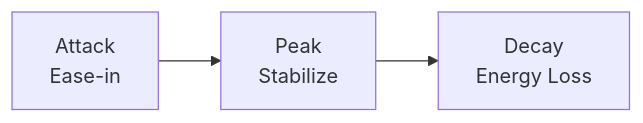
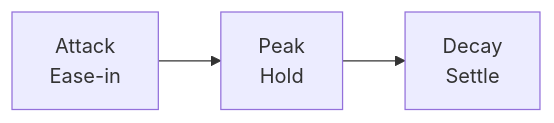
Before and after one commit to vishnuvardhanburri/FFmpeg-Motion-Effects-Engineer: the second of 2 diagrams in README.md, drawn with Mermaid. The commit also changed other lines of this file, not shown here.

````diff
--- a/README.md
+++ b/README.md
@@ -59,5 +72,5 @@
 ```mermaid
 graph LR
-  A[Attack<br/>Ease-in] --> B[Peak<br/>Stabilize]
-  B --> C[Decay<br/>Energy Loss]
+  A[Attack<br/>Ease-in] --> B[Peak<br/>Hold]
+  B --> C[Decay<br/>Settle]
 ```
````
